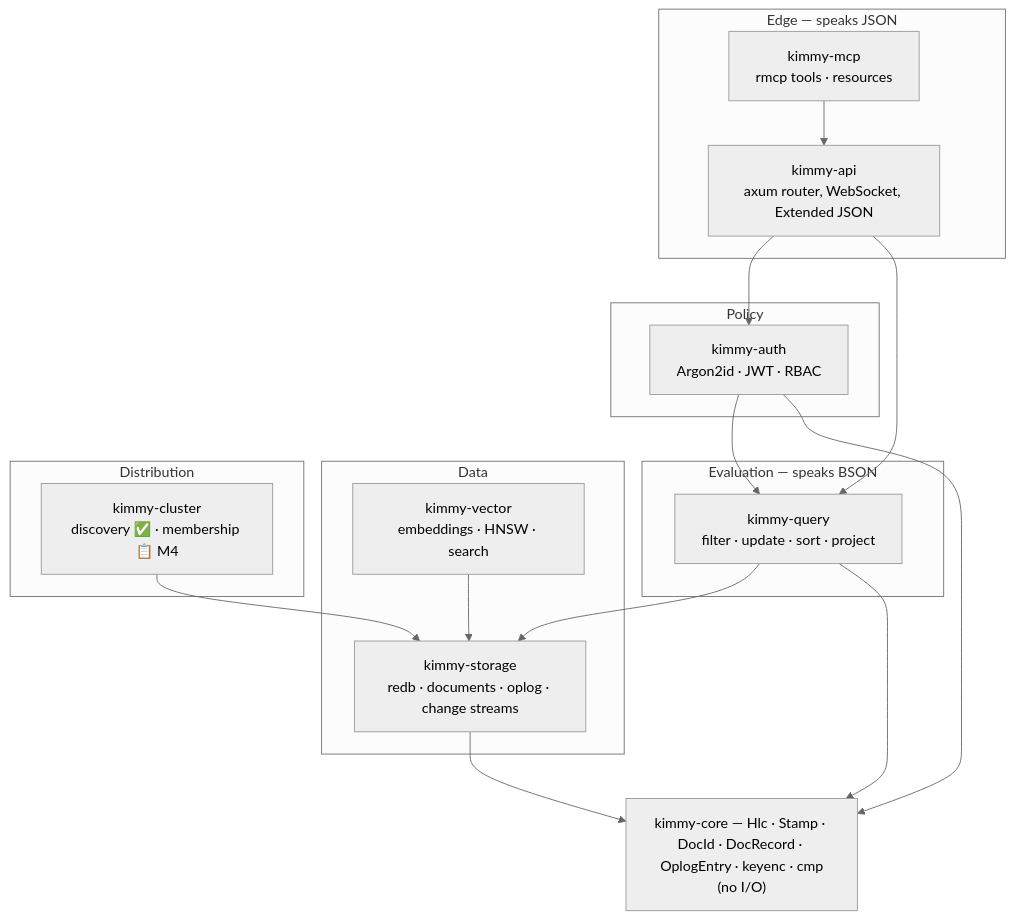
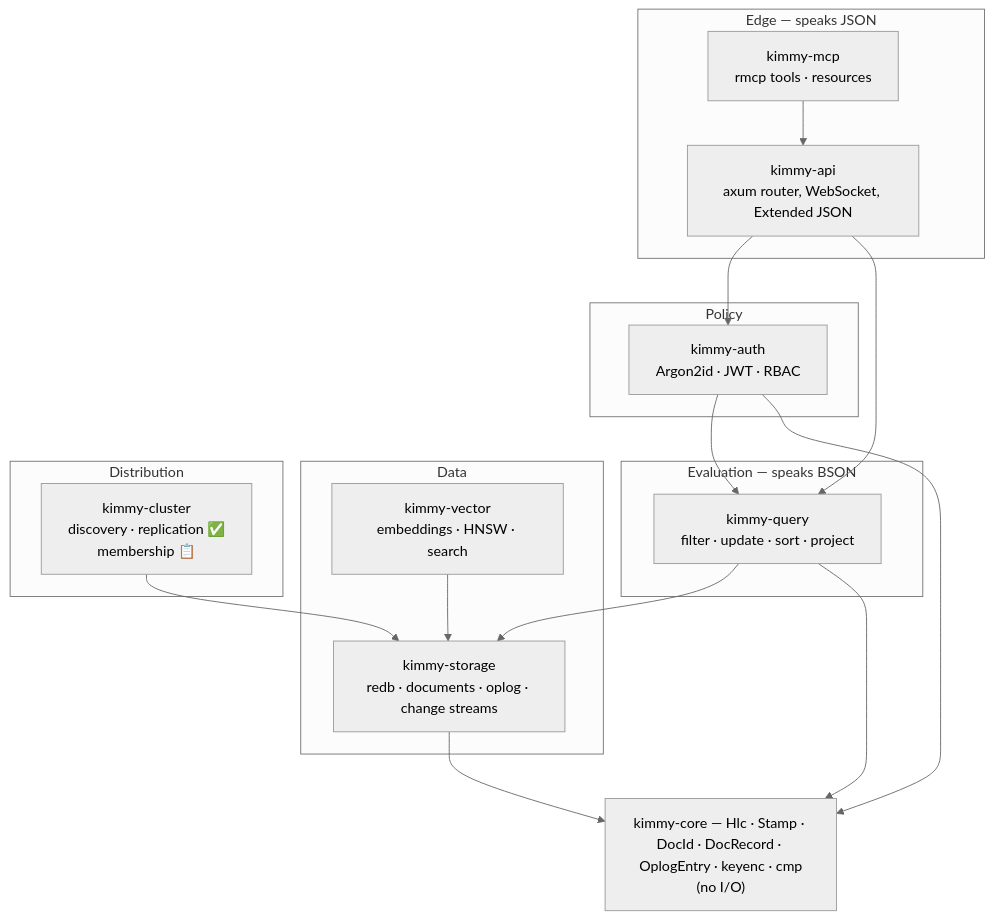
One commit to titusai-io/kimmydb changed the third of 5 diagrams in docs/architecture.md. Above: the diagram before and after it, drawn with Mermaid (neutral theme). The commit also changed other lines of this file and 19 other files, not shown here.

````diff
--- a/docs/architecture.md
+++ b/docs/architecture.md
@@ -69,37 +69,37 @@
 ```mermaid
 graph TB
     subgraph EDGE["Edge — speaks JSON"]
         API["kimmy-api<br/>axum router, WebSocket, Extended JSON"]
         MCP["kimmy-mcp<br/>rmcp tools · resources"]
     end
 
     subgraph POLICY["Policy"]
         AUTH["kimmy-auth<br/>Argon2id · JWT · RBAC"]
     end
 
     subgraph LOGIC["Evaluation — speaks BSON"]
         QRY["kimmy-query<br/>filter · update · sort · project"]
     end
 
     subgraph DATA["Data"]
         STO["kimmy-storage<br/>redb · documents · oplog · change streams"]
         VEC["kimmy-vector<br/>embeddings · HNSW · search"]
     end
 
     subgraph DIST["Distribution"]
-        CLU["kimmy-cluster<br/>discovery ✅ · membership 📋 M4"]
+        CLU["kimmy-cluster<br/>discovery · replication ✅<br/>membership 📋"]
     end
 
     CORE["kimmy-core — Hlc · Stamp · DocId · DocRecord · OplogEntry · keyenc · cmp<br/>(no I/O)"]
 
     API --> AUTH
     MCP --> API
     AUTH --> QRY
     API --> QRY
     QRY --> STO
     VEC --> STO
     CLU --> STO
     STO --> CORE
     QRY --> CORE
     AUTH --> CORE
 ```
````
